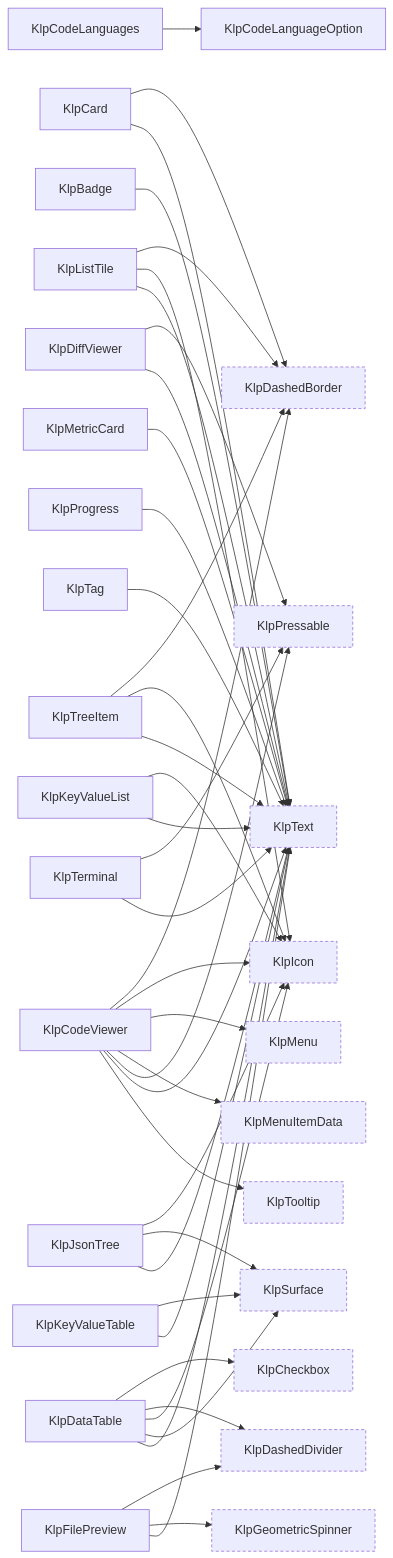
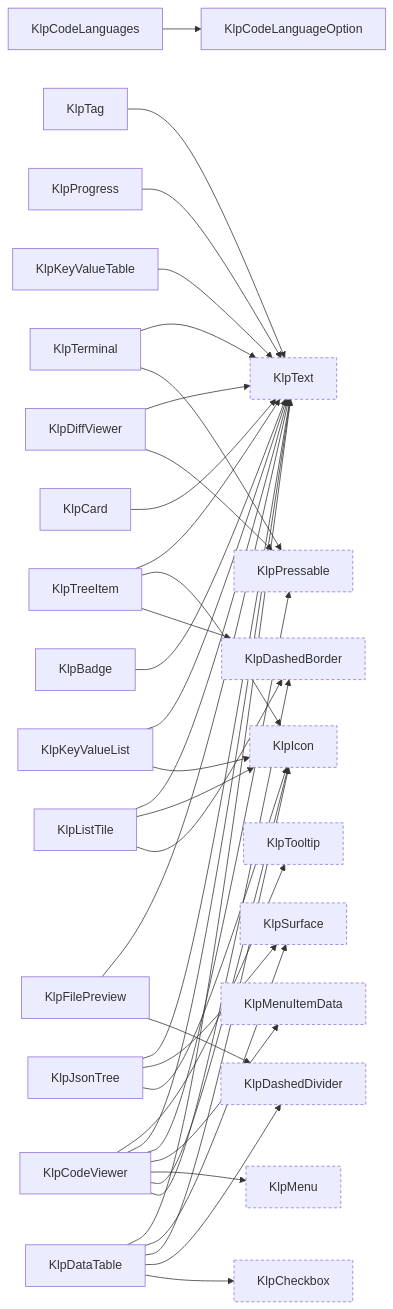
Before and after one commit to MiuDog/Kallopis: the tenth of 17 diagrams in spec/component-inventory.md, drawn with Mermaid. The commit also changed other lines of this file and 5 other files, not shown here.

````diff
--- a/spec/component-inventory.md
+++ b/spec/component-inventory.md
@@ -520,71 +503,65 @@
 ```mermaid
 graph LR
   KlpBadge["KlpBadge"]
   KlpCard["KlpCard"]
   KlpCheckbox["KlpCheckbox"]:::external
   KlpCodeLanguageOption["KlpCodeLanguageOption"]
   KlpCodeLanguages["KlpCodeLanguages"]
   KlpCodeViewer["KlpCodeViewer"]
   KlpDashedBorder["KlpDashedBorder"]:::external
   KlpDashedDivider["KlpDashedDivider"]:::external
   KlpDataTable["KlpDataTable"]
   KlpDiffViewer["KlpDiffViewer"]
   KlpFilePreview["KlpFilePreview"]
-  KlpGeometricSpinner["KlpGeometricSpinner"]:::external
   KlpIcon["KlpIcon"]:::external
   KlpJsonTree["KlpJsonTree"]
   KlpKeyValueList["KlpKeyValueList"]
   KlpKeyValueTable["KlpKeyValueTable"]
   KlpListTile["KlpListTile"]
   KlpMenu["KlpMenu"]:::external
   KlpMenuItemData["KlpMenuItemData"]:::external
-  KlpMetricCard["KlpMetricCard"]
   KlpPressable["KlpPressable"]:::external
   KlpProgress["KlpProgress"]
   KlpSurface["KlpSurface"]:::external
   KlpTag["KlpTag"]
   KlpTerminal["KlpTerminal"]
   KlpText["KlpText"]:::external
   KlpTooltip["KlpTooltip"]:::external
   KlpTreeItem["KlpTreeItem"]
   KlpBadge --> KlpText
-  KlpCard --> KlpDashedBorder
   KlpCard --> KlpText
   KlpCodeLanguages --> KlpCodeLanguageOption
   KlpCodeViewer --> KlpDashedBorder
   KlpCodeViewer --> KlpIcon
   KlpCodeViewer --> KlpMenu
   KlpCodeViewer --> KlpMenuItemData
   KlpCodeViewer --> KlpPressable
   KlpCodeViewer --> KlpText
   KlpCodeViewer --> KlpTooltip
   KlpDataTable --> KlpCheckbox
   KlpDataTable --> KlpDashedDivider
   KlpDataTable --> KlpIcon
   KlpDataTable --> KlpSurface
   KlpDataTable --> KlpText
   KlpDiffViewer --> KlpPressable
   KlpDiffViewer --> KlpText
   KlpFilePreview --> KlpDashedDivider
-  KlpFilePreview --> KlpGeometricSpinner
   KlpFilePreview --> KlpText
   KlpJsonTree --> KlpIcon
   KlpJsonTree --> KlpSurface
   KlpJsonTree --> KlpText
   KlpKeyValueList --> KlpIcon
   KlpKeyValueList --> KlpText
-  KlpKeyValueTable --> KlpSurface
   KlpKeyValueTable --> KlpText
   KlpListTile --> KlpDashedBorder
   KlpListTile --> KlpIcon
   KlpListTile --> KlpText
-  KlpMetricCard --> KlpText
   KlpProgress --> KlpText
   KlpTag --> KlpText
   KlpTerminal --> KlpPressable
   KlpTerminal --> KlpText
   KlpTreeItem --> KlpDashedBorder
   KlpTreeItem --> KlpIcon
   KlpTreeItem --> KlpText
   classDef external stroke-dasharray: 4 3;
 ```
````
